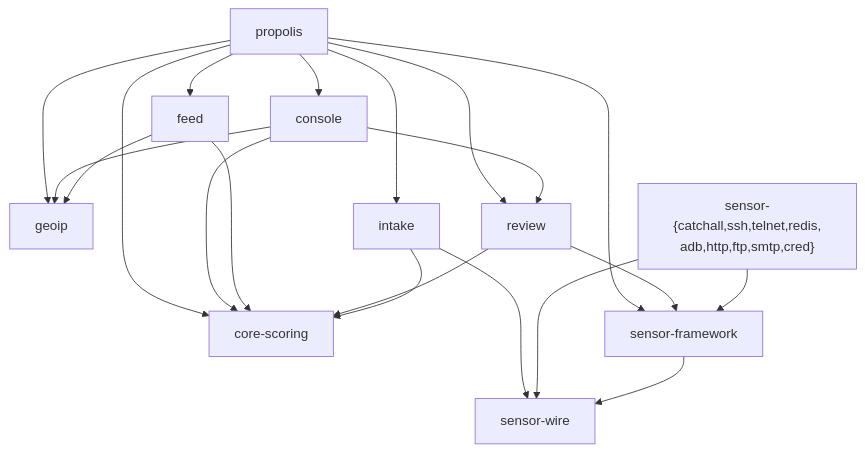
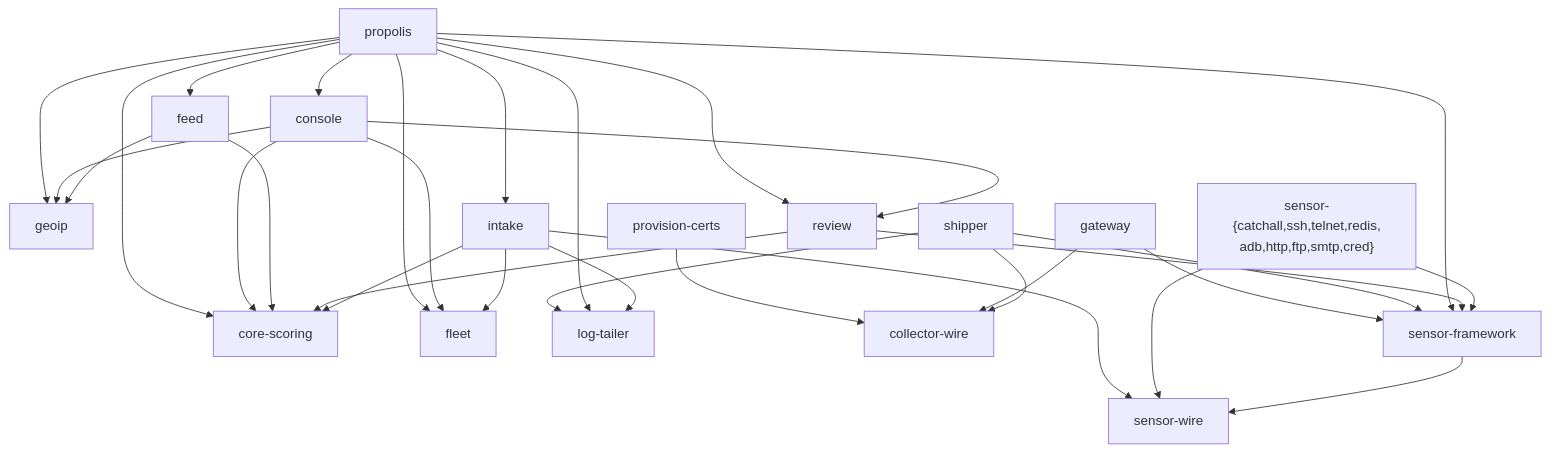
One commit to brandontroidl/Propolis changed the diagram in docs/architecture/components.md. Above: the diagram before and after it, drawn with Mermaid. The commit also changed other lines of this file and 106 other files, not shown here.

````diff
--- a/docs/architecture/components.md
+++ b/docs/architecture/components.md
@@ -67,33 +76,50 @@
 ```mermaid
 graph TD
   wire[sensor-wire]
   core[core-scoring]
   geoip[geoip]
+  fleet[fleet]
+  tailer[log-tailer]
+  cwire[collector-wire]
   fw[sensor-framework]
   sensors["sensor-{catchall,ssh,telnet,redis,<br/>adb,http,ftp,smtp,cred}"]
   intake[intake]
   review[review]
   feed[feed]
   console[console]
   propolis[propolis]
+  shipper[shipper]
+  gateway[gateway]
+  certs[provision-certs]
 
   fw --> wire
   sensors --> wire
   sensors --> fw
   intake --> wire
   intake --> core
+  intake --> fleet
+  intake --> tailer
   review --> core
   review --> fw
   feed --> core
   feed --> geoip
   console --> core
+  console --> fleet
   console --> geoip
   console --> review
   propolis --> console
   propolis --> core
   propolis --> feed
+  propolis --> fleet
   propolis --> geoip
   propolis --> intake
+  propolis --> tailer
   propolis --> review
   propolis --> fw
+  shipper --> cwire
+  shipper --> tailer
+  shipper --> fw
+  gateway --> cwire
+  gateway --> fw
+  certs --> cwire
 ```
````
